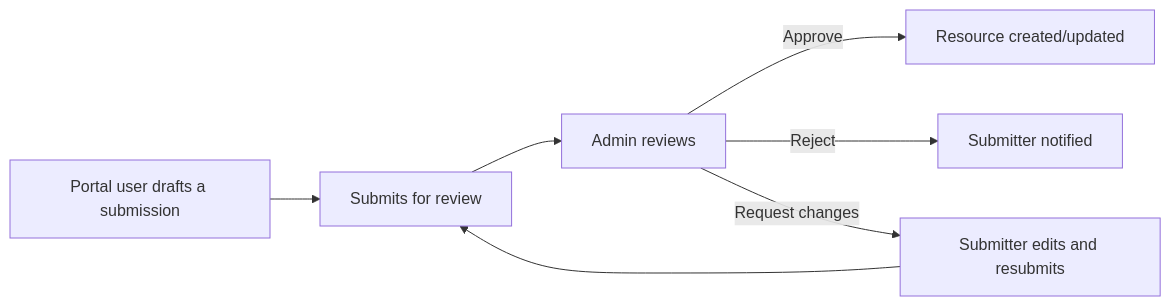
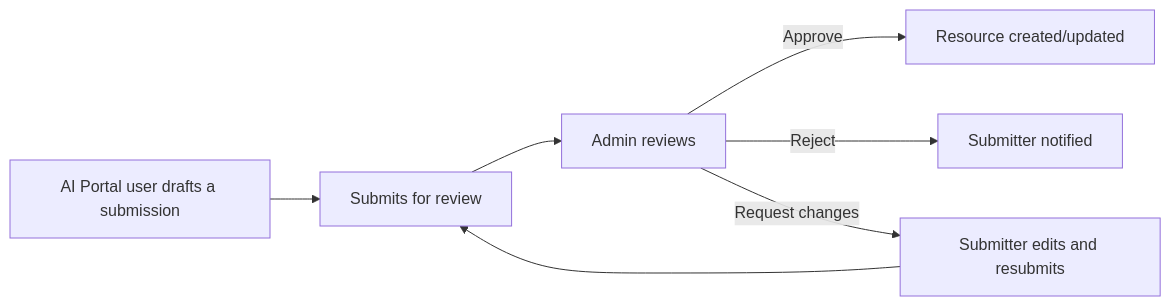
Before and after one commit to TykTechnologies/tyk-docs: the first of 2 diagrams in ai-management/ai-studio/community.mdx, drawn with Mermaid. The commit also changed other lines of this file, not shown here.

Commit message:
docs: disambiguate AI Portal from other Tyk portals, clarify submission scope

````diff
--- a/ai-management/ai-studio/community.mdx
+++ b/ai-management/ai-studio/community.mdx
@@ -16,9 +20,9 @@
 ```mermaid
 graph LR
-    A[Portal user drafts a submission] --> B[Submits for review]
+    A[AI Portal user drafts a submission] --> B[Submits for review]
     B --> C[Admin reviews]
     C -->|Approve| D[Resource created/updated]
     C -->|Reject| E[Submitter notified]
     C -->|Request changes| F[Submitter edits and resubmits]
     F --> B
 ```
````
